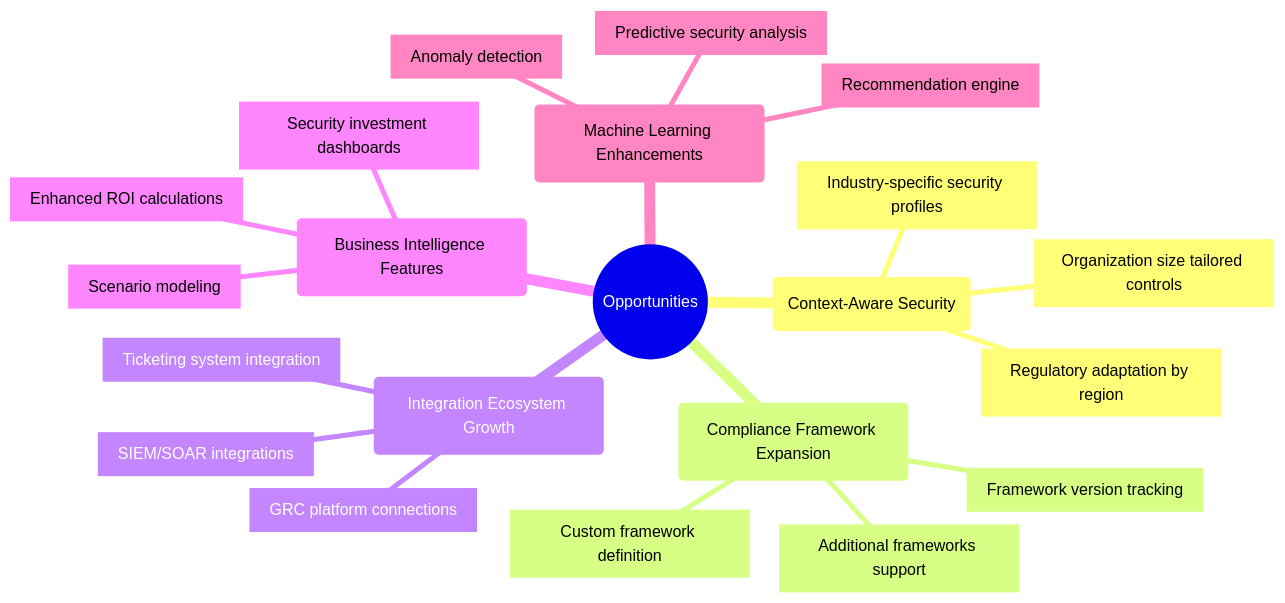
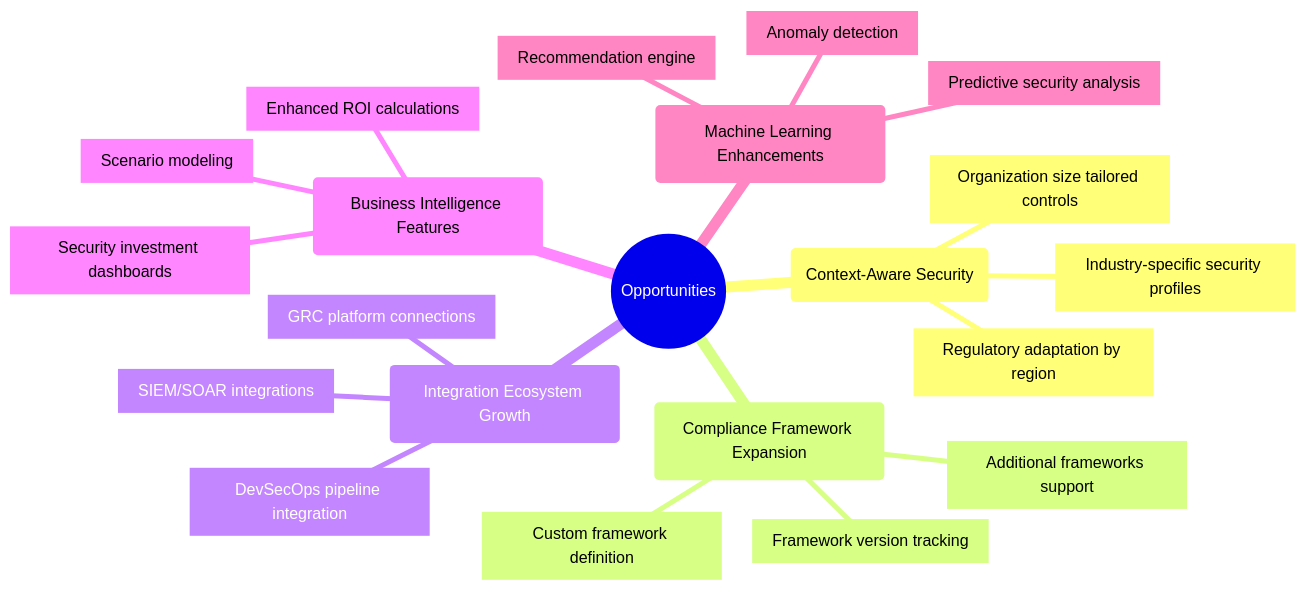
One commit to Hack23/cia-compliance-manager changed the fifth of 6 diagrams in docs/architecture/SWOT.md. Above: the diagram before and after it, drawn with Mermaid. The commit also changed other lines of this file and 5 other files, not shown here.

````diff
--- a/docs/architecture/SWOT.md
+++ b/docs/architecture/SWOT.md
@@ -197,24 +201,24 @@
 ```mermaid
 mindmap
   root((Opportunities))
     id1(Context-Aware Security)
       id1.1[Industry-specific security profiles]
       id1.2[Regulatory adaptation by region]
       id1.3[Organization size tailored controls]
     id2(Compliance Framework Expansion)
       id2.1[Additional frameworks support]
       id2.2[Framework version tracking]
       id2.3[Custom framework definition]
     id3(Integration Ecosystem Growth)
       id3.1[SIEM/SOAR integrations]
       id3.2[GRC platform connections]
-      id3.3[Ticketing system integration]
+      id3.3[DevSecOps pipeline integration]
     id4(Business Intelligence Features)
       id4.1[Enhanced ROI calculations]
       id4.2[Security investment dashboards]
       id4.3[Scenario modeling]
     id5(Machine Learning Enhancements)
       id5.1[Recommendation engine]
       id5.2[Anomaly detection]
       id5.3[Predictive security analysis]
 ```
````
